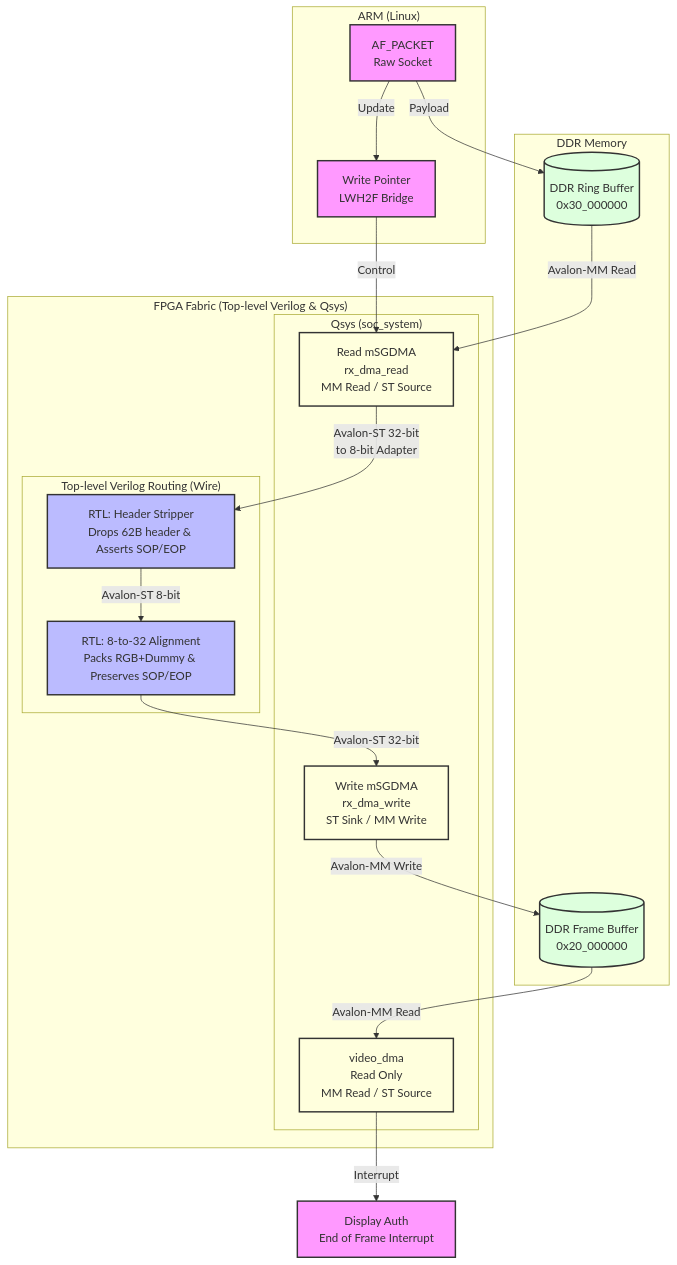
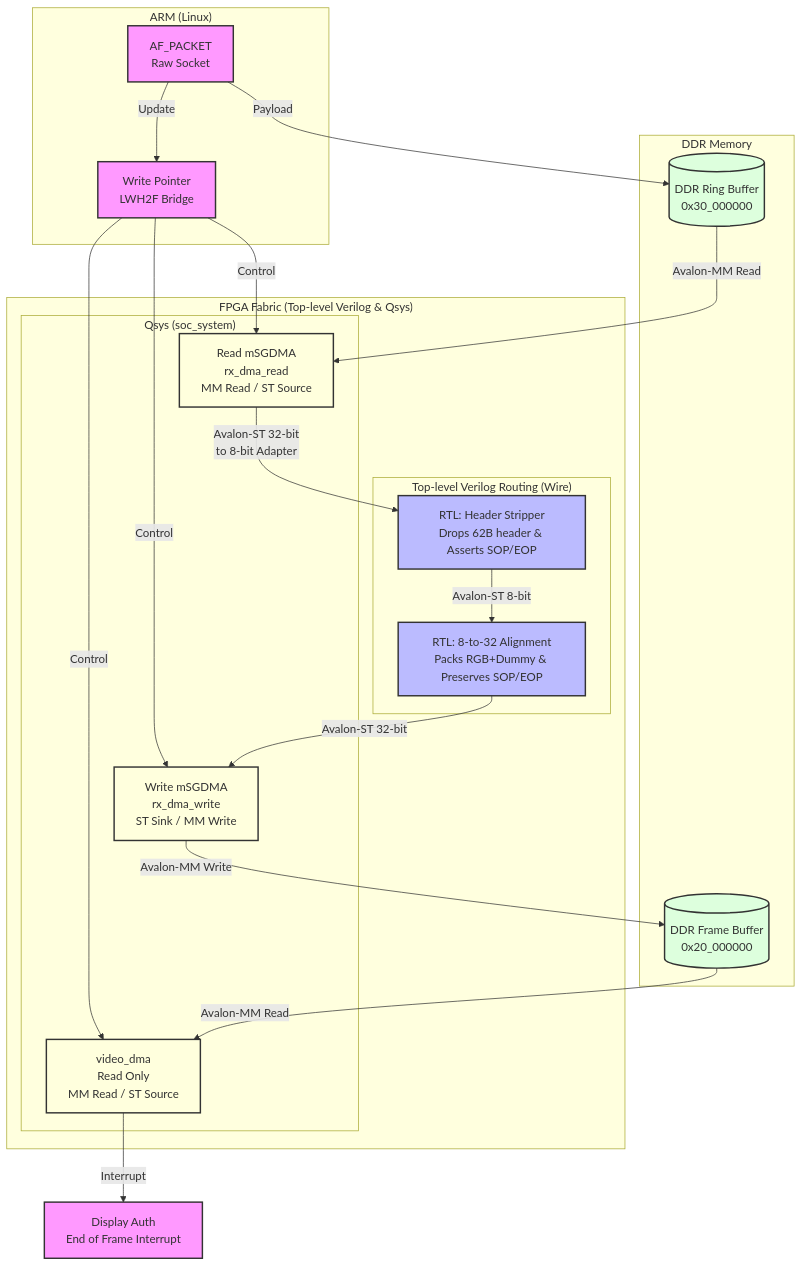
One commit to bccha/video_processing changed the diagram in doc/ST2110.md. Above: the diagram before and after it, drawn with Mermaid.

Commit message:
docs(st2110): Update Mermaid diagram with all DMA control paths

````diff
--- a/doc/ST2110.md
+++ b/doc/ST2110.md
@@ -36,48 +36,50 @@
 ```mermaid
 graph TD
     classDef linux fill:#f9f,stroke:#333,stroke-width:2px;
     classDef fpga fill:#bbf,stroke:#333,stroke-width:2px;
     classDef mem fill:#dfd,stroke:#333,stroke-width:2px;
     classDef qsys fill:#ffd,stroke:#333,stroke-width:2px;
 
     subgraph Linux_ARM["ARM (Linux)"]
         A[AF_PACKET<br>Raw Socket]:::linux
         B[Write Pointer<br>LWH2F Bridge]:::linux
     end
 
     subgraph DDR_Mem["DDR Memory"]
         C[(DDR Ring Buffer<br>0x30_000000)]:::mem
         D[(DDR Frame Buffer<br>0x20_000000)]:::mem
     end
 
     subgraph FPGA_Fabric["FPGA Fabric (Top-level Verilog & Qsys)"]
         subgraph Qsys_soc_system["Qsys (soc_system)"]
             E[Read mSGDMA<br>rx_dma_read<br>MM Read / ST Source]:::qsys
             F[Write mSGDMA<br>rx_dma_write<br>ST Sink / MM Write]:::qsys
             G[video_dma<br>Read Only<br>MM Read / ST Source]:::qsys
         end
 
         subgraph Top_Level_Routing["Top-level Verilog Routing (Wire)"]
             H[RTL: Header Stripper<br>Drops 62B header & Asserts SOP/EOP]:::fpga
             I[RTL: 8-to-32 Alignment<br>Packs RGB+Dummy & Preserves SOP/EOP]:::fpga
         end
     end
 
     J[Display Auth<br>End of Frame Interrupt]:::linux
 
     %% Data Flow
     A -->|Payload| C
     A -->|Update| B
     B -->|Control| E
+    B -->|Control| F
+    B -->|Control| G
 
     C -->|Avalon-MM Read| E
     E -->|Avalon-ST 32-bit<br>to 8-bit Adapter| H
     
     H -->|Avalon-ST 8-bit| I
     I -->|Avalon-ST 32-bit| F
     
     F -->|Avalon-MM Write| D
     D -->|Avalon-MM Read| G
     
     G -->|Interrupt| J
 ```
````
